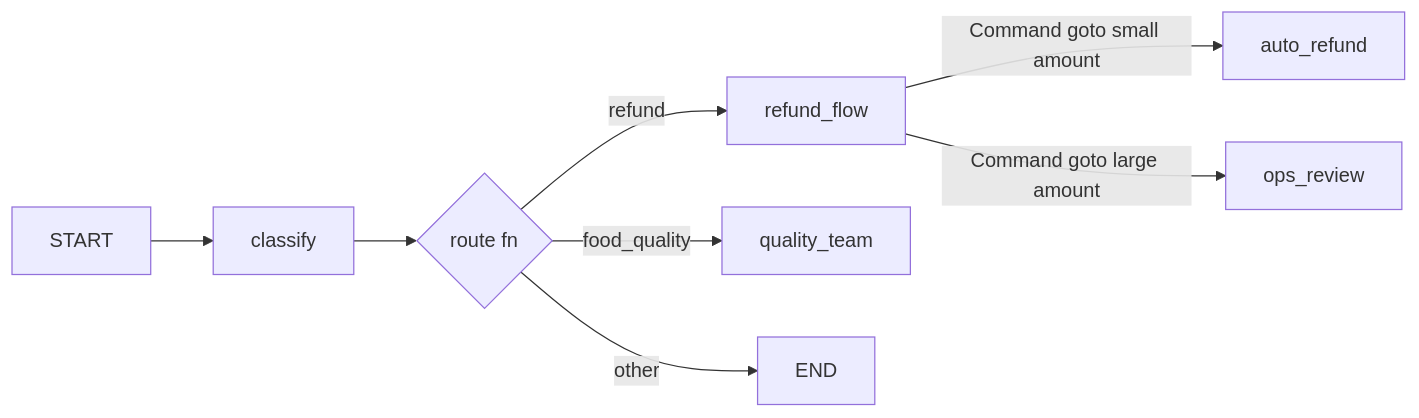
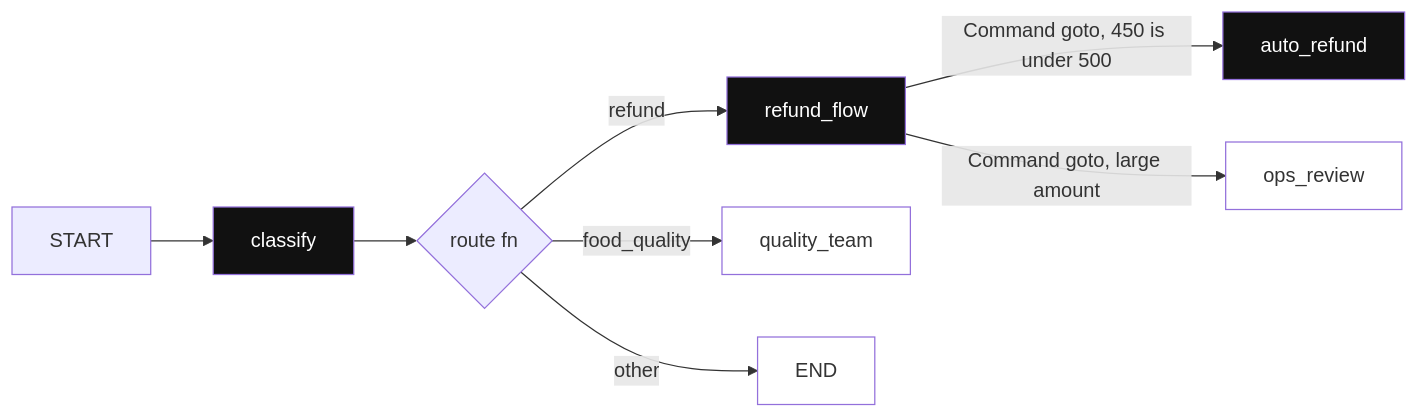
One commit to flow6979/viewinter changed the fourth of 13 diagrams in content-en/11-agentic/02-langgraph-core.md. Above: the diagram before and after it, drawn with Mermaid. The commit also changed other lines of this file and 85 other files, not shown here.

First line of the commit message:
AI + RAG content: add diagrams across every page (196 -> 513)

````diff
--- a/content-en/11-agentic/02-langgraph-core.md
+++ b/content-en/11-agentic/02-langgraph-core.md
@@ -237,10 +237,12 @@
 ```mermaid
 flowchart LR
-    S["START"] --> C["classify"]
+    S["START"] --> C["classify"]:::hot
     C --> RF{"route fn"}
-    RF -->|refund| R["refund_flow"]
-    RF -->|food_quality| Q["quality_team"]
-    RF -->|other| E["END"]
-    R -->|Command goto small amount| A["auto_refund"]
-    R -->|Command goto large amount| O["ops_review"]
+    RF -->|refund| R["refund_flow"]:::hot
+    RF -->|food_quality| Q["quality_team"]:::dim
+    RF -->|other| E["END"]:::dim
+    R -->|Command goto, 450 is under 500| A["auto_refund"]:::hot
+    R -->|Command goto, large amount| O["ops_review"]:::dim
+    classDef hot fill:#111,color:#fff
+    classDef dim fill:#fff
 ```
````
